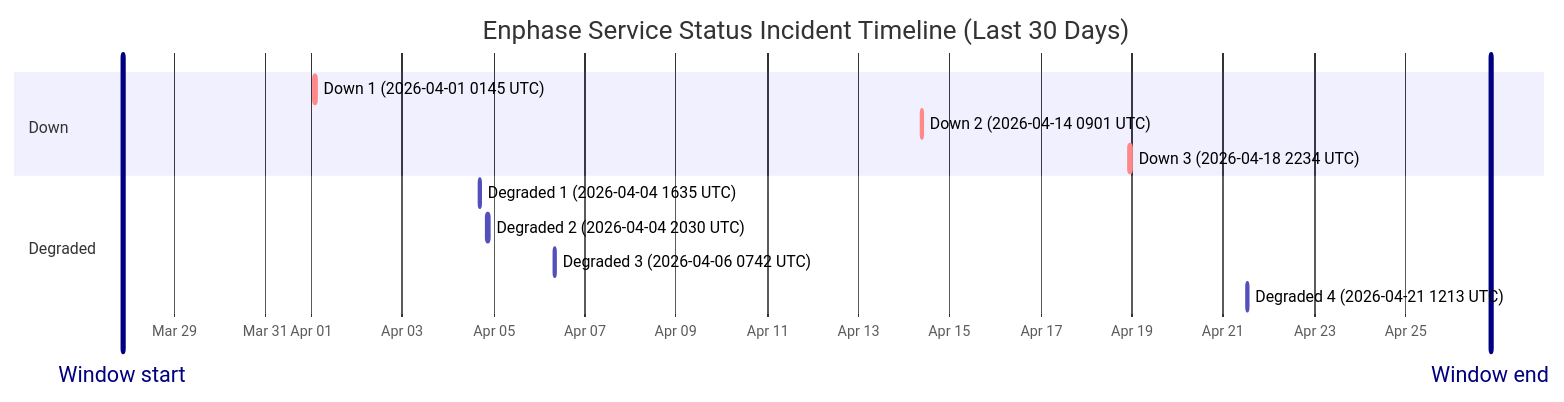
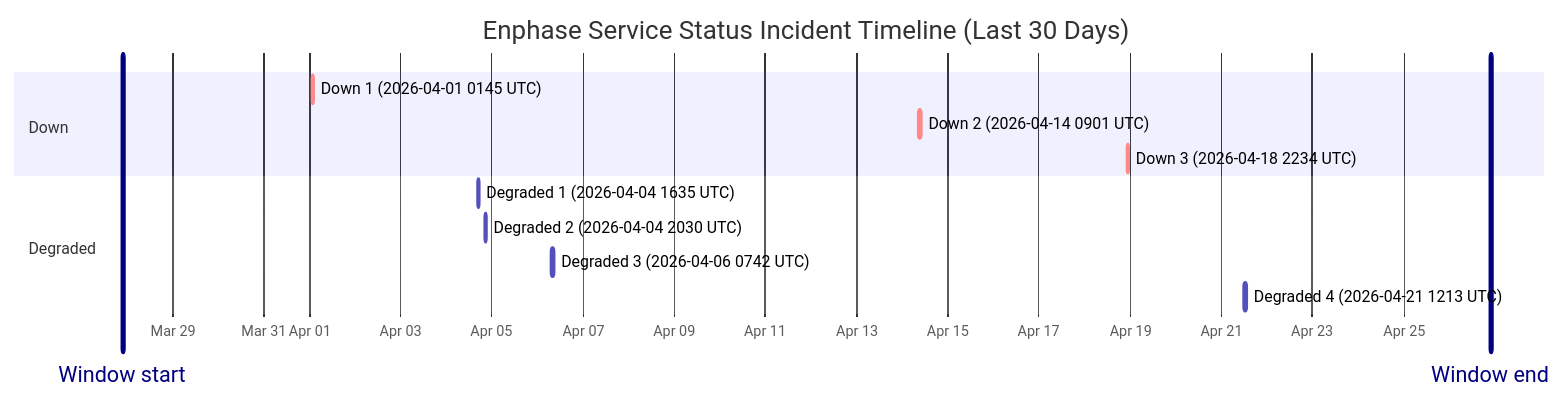
Before and after one commit to barneyonline/ha-enphase-ev-charger: the diagram in wiki/Service-Status-History.md, drawn with Mermaid. The commit also changed other lines of this file and 3 other files, not shown here.

````diff
--- a/wiki/Service-Status-History.md
+++ b/wiki/Service-Status-History.md
@@ -14,17 +14,17 @@
 ```mermaid
 gantt
     title Enphase Service Status Incident Timeline (Last 30 Days)
     dateFormat  YYYY-MM-DDTHH:mm:ss
     axisFormat  %b %d
-    Window start :vert, window-start, 2026-03-27T20:37:12, 0ms
-    Window end :vert, window-end, 2026-04-26T20:37:12, 0ms
+    Window start :vert, window-start, 2026-03-27T21:37:00, 0ms
+    Window end :vert, window-end, 2026-04-26T21:37:00, 0ms
     section Down
     Down 1 (2026-04-01 0145 UTC) :crit, down-1, 2026-04-01T01:45:09, 60m
     Down 2 (2026-04-14 0901 UTC) :crit, down-2, 2026-04-14T09:01:13, 60m
     Down 3 (2026-04-18 2234 UTC) :crit, down-3, 2026-04-18T22:34:13, 60m
     section Degraded
     Degraded 1 (2026-04-04 1635 UTC) :active, degraded-1, 2026-04-04T16:35:17, 60m
     Degraded 2 (2026-04-04 2030 UTC) :active, degraded-2, 2026-04-04T20:30:40, 60m
     Degraded 3 (2026-04-06 0742 UTC) :active, degraded-3, 2026-04-06T07:42:09, 85m
     Degraded 4 (2026-04-21 1213 UTC) :active, degraded-4, 2026-04-21T12:13:11, 60m
 ```
````
